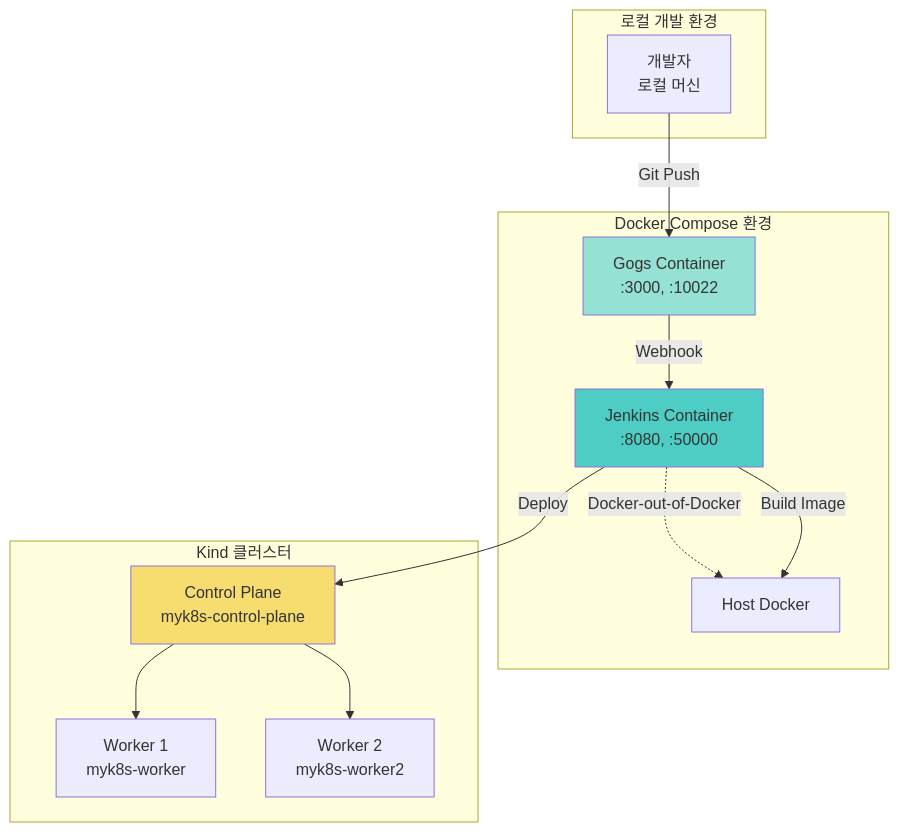
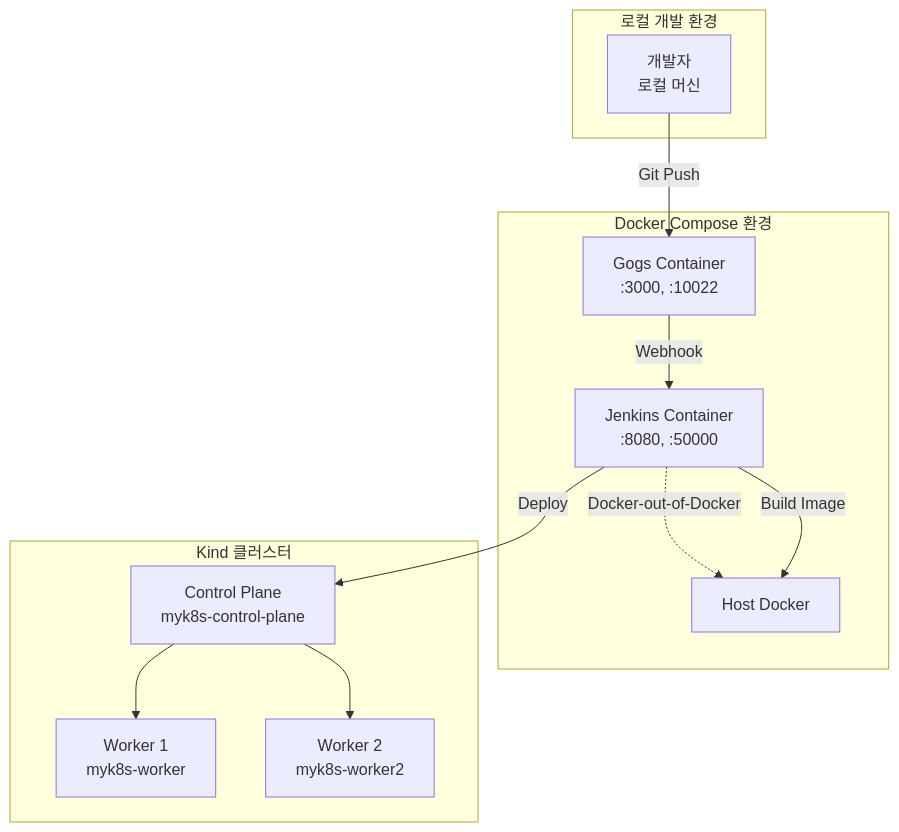
One commit to juwon8891/juwon8891.github.io changed the first of 11 diagrams in docs/cicd/week3-jenkins-argocd.md. Above: the diagram before and after it, drawn with Mermaid. The commit also changed other lines of this file and 18 other files, not shown here.

Commit message:
Remove bright colors from Mermaid diagrams for dark mode compatibility

````diff
--- a/docs/cicd/week3-jenkins-argocd.md
+++ b/docs/cicd/week3-jenkins-argocd.md
@@ -14,31 +14,28 @@
 ```mermaid
 graph TB
     subgraph "로컬 개발 환경"
         DEV[개발자<br/>로컬 머신]
     end
 
     subgraph "Docker Compose 환경"
         JENKINS[Jenkins Container<br/>:8080, :50000]
         GOGS[Gogs Container<br/>:3000, :10022]
 
         JENKINS -.Docker-out-of-Docker.-> DOCKER[Host Docker]
     end
 
     subgraph "Kind 클러스터"
         K8S_MASTER[Control Plane<br/>myk8s-control-plane]
         K8S_WORKER1[Worker 1<br/>myk8s-worker]
         K8S_WORKER2[Worker 2<br/>myk8s-worker2]
     end
 
     DEV -->|Git Push| GOGS
     GOGS -->|Webhook| JENKINS
     JENKINS -->|Build Image| DOCKER
     JENKINS -->|Deploy| K8S_MASTER
 
     K8S_MASTER --> K8S_WORKER1
     K8S_MASTER --> K8S_WORKER2
 
-    style JENKINS fill:#4ECDC4
-    style GOGS fill:#95E1D3
-    style K8S_MASTER fill:#F7DC6F
 ```
````
